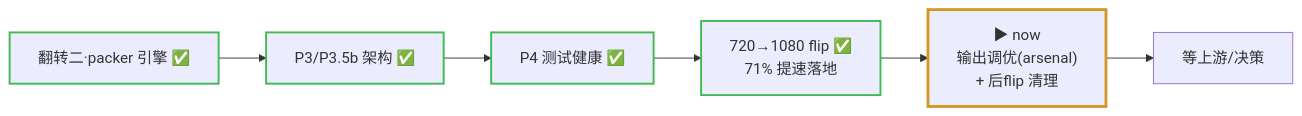
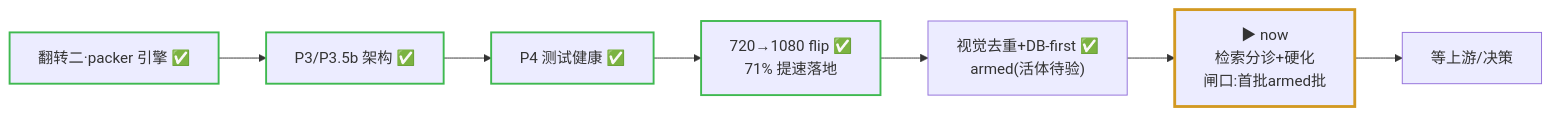
One commit to Leo86868/Promo-Pipeline changed the first of 2 diagrams in workflow/ROADMAP.md. Above: the diagram before and after it, drawn with Mermaid. The commit also changed other lines of this file and 2 other files, not shown here.

First line of the commit message:
账面回填: daily-log 06-25/27/07-01 补记 + roadmap 校准 + db-first PLAN.md 入库

````diff
--- a/workflow/ROADMAP.md
+++ b/workflow/ROADMAP.md
@@ -18,8 +18,8 @@
 ```mermaid
 flowchart LR
-  E["翻转二·packer 引擎 ✅"] --> A["P3/P3.5b 架构 ✅"] --> T["P4 测试健康 ✅"] --> F["720→1080 flip ✅<br/>71% 提速落地"] --> NOW["▶ now<br/>输出调优(arsenal)<br/>+ 后flip 清理"] --> G["等上游/决策"]
+  E["翻转二·packer 引擎 ✅"] --> A["P3/P3.5b 架构 ✅"] --> T["P4 测试健康 ✅"] --> F["720→1080 flip ✅<br/>71% 提速落地"] --> D2["视觉去重+DB-first ✅<br/>armed(活体待验)"] --> NOW["▶ now<br/>检索分诊+硬化<br/>闸口:首批armed批"] --> G["等上游/决策"]
   classDef done stroke:#3fb950,stroke-width:2px
   classDef now stroke:#d29922,stroke-width:3px
   class E,A,T,F done
   class NOW now
 ```
````
